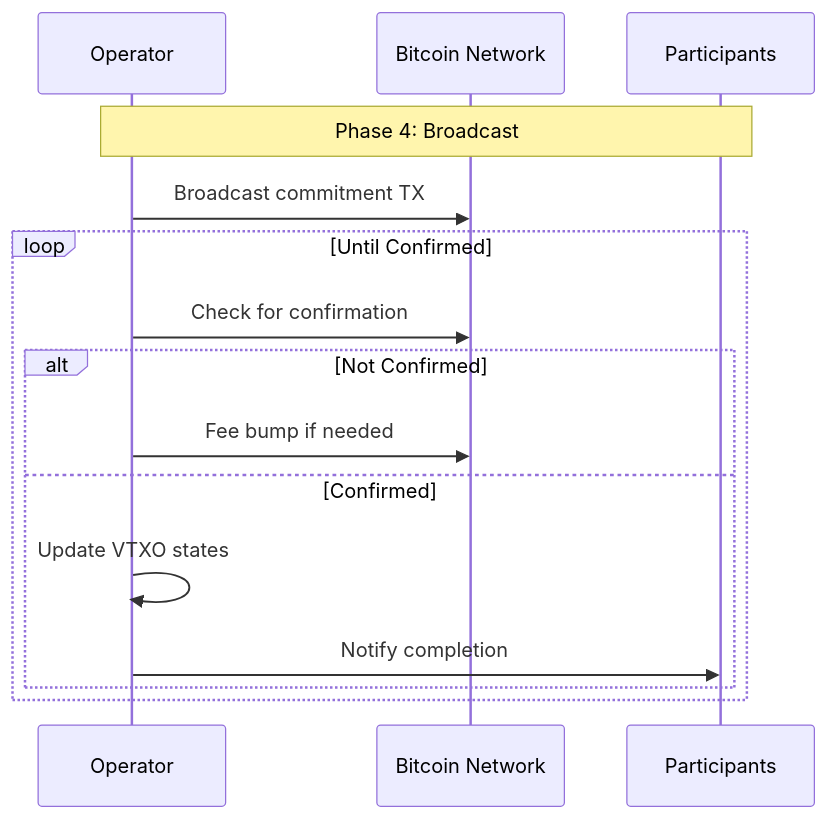
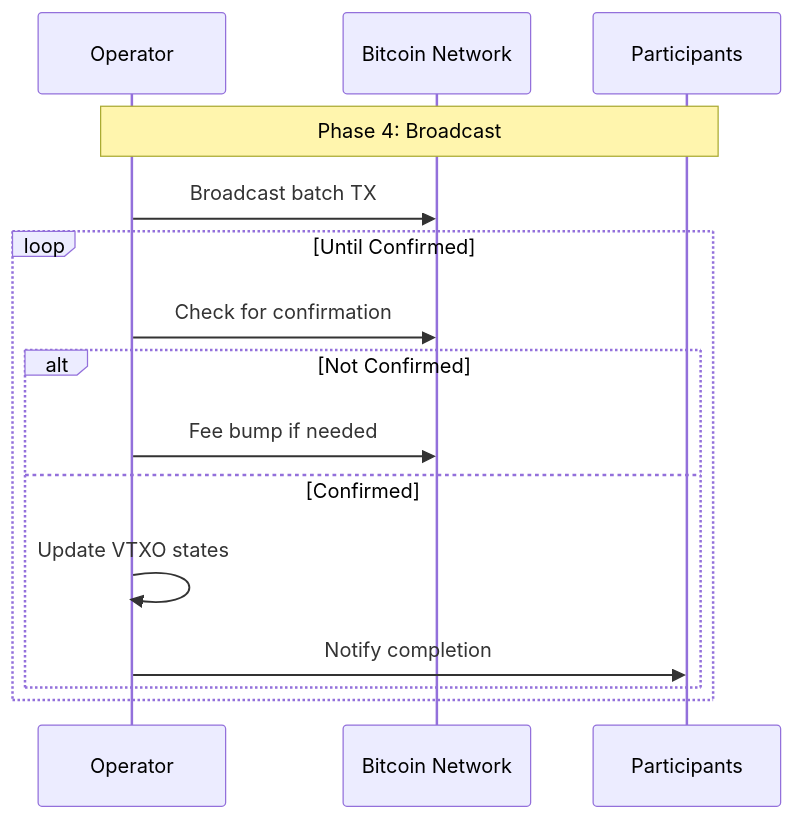
Before and after one commit to lightninglabs/wavelength: the fifth of 7 diagrams in docs/ark-specs/ARK-02-rounds.md, drawn with Mermaid. The commit also changed other lines of this file and 6 other files, not shown here.

````diff
--- a/docs/ark-specs/ARK-02-rounds.md
+++ b/docs/ark-specs/ARK-02-rounds.md
@@ -498,20 +614,20 @@
 ```mermaid
 sequenceDiagram
     participant O as Operator
     participant BN as Bitcoin Network
     participant P as Participants
 
     Note over O,P: Phase 4: Broadcast
 
-    O->>BN: Broadcast commitment TX
+    O->>BN: Broadcast batch TX
 
     loop Until Confirmed
         O->>BN: Check for confirmation
         alt Not Confirmed
             O->>BN: Fee bump if needed
         else Confirmed
             O->>O: Update VTXO states
             O->>P: Notify completion
         end
     end
 ```
````
